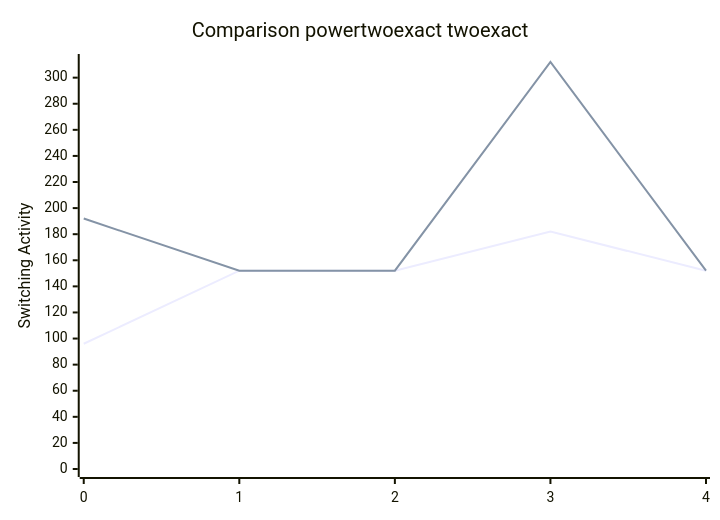
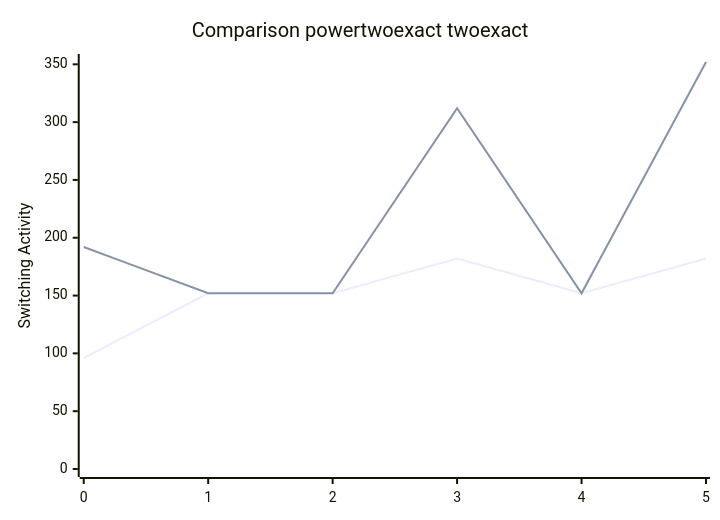
Before and after one commit to FeldmeierMichael/Exact-Power-Synthesis: the diagram in benchmark.md, drawn with Mermaid. The commit also changed other lines of this file and 2 other files, not shown here.

````diff
--- a/benchmark.md
+++ b/benchmark.md
@@ -21,8 +23,8 @@
 ```mermaid
 xychart-beta
     title "Comparison powertwoexact twoexact"
-    x-axis [0, 1, 2, 3, 4]
-    y-axis "Switching Activity" 0-->312
-    line [96, 152, 152, 182, 152]
-    line [192, 152, 152, 312, 152]
+    x-axis [0, 1, 2, 3, 4, 5]
+    y-axis "Switching Activity" 0-->352
+    line [96, 152, 152, 182, 152, 182]
+    line [192, 152, 152, 312, 152, 352]
 ```
````
